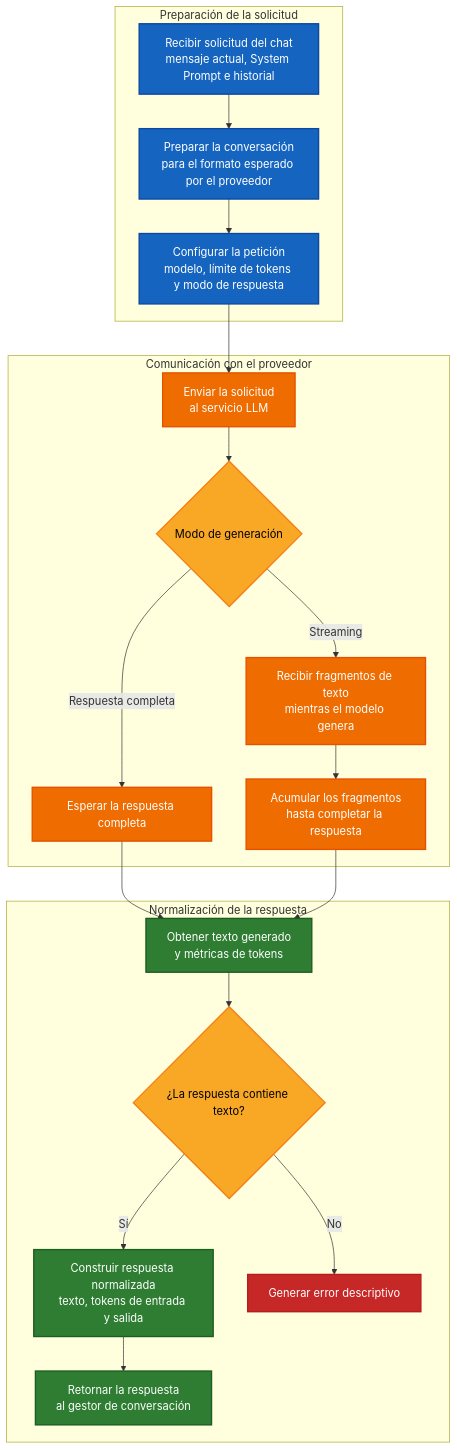
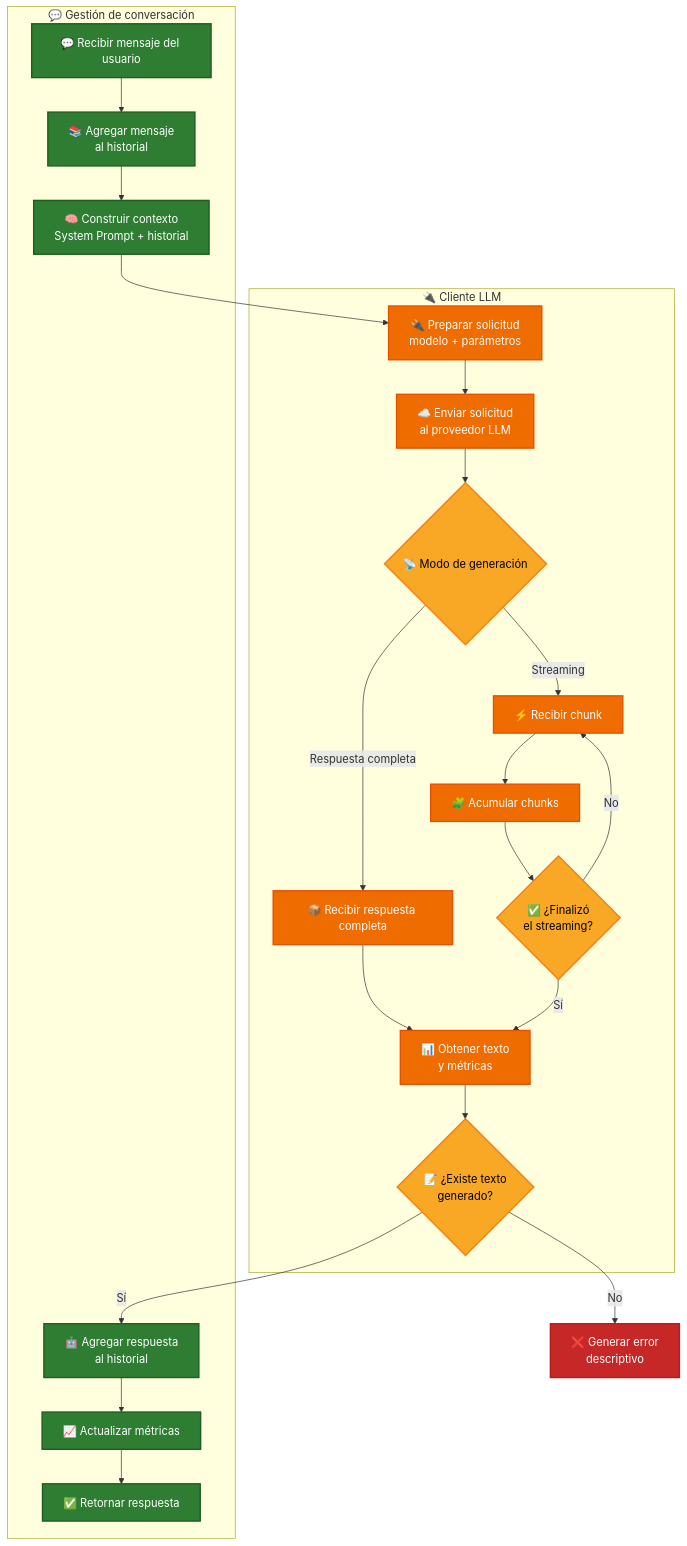
Before and after one commit to MLahuasi/ai-agent-labs: the second of 4 diagrams in info/fundamentos/chat.md, drawn with Mermaid. The commit also changed other lines of this file and 120 other files, not shown here.

````diff
--- a/info/fundamentos/chat.md
+++ b/info/fundamentos/chat.md
@@ -53,93 +194,91 @@
 ```mermaid
 flowchart TD
 
-    A["Recibir solicitud del chat<br/>mensaje actual, System Prompt e historial"]
+    A["💬 Recibir mensaje del usuario"]
 
-    B["Preparar la conversación<br/>para el formato esperado por el proveedor"]
+    B["📚 Agregar mensaje<br/>al historial"]
 
-    C["Configurar la petición<br/>modelo, límite de tokens y modo de respuesta"]
+    C["🧠 Construir contexto<br/>System Prompt + historial"]
 
-    D["Enviar la solicitud<br/>al servicio LLM"]
+    D["🔌 Preparar solicitud<br/>modelo + parámetros"]
 
-    E{"Modo de generación"}
+    E["☁️ Enviar solicitud<br/>al proveedor LLM"]
 
-    F["Esperar la respuesta completa"]
+    F{"📡 Modo de generación"}
 
-    G["Recibir fragmentos de texto<br/>mientras el modelo genera"]
+    G["📦 Recibir respuesta completa"]
 
-    H["Acumular los fragmentos<br/>hasta completar la respuesta"]
+    H["⚡ Recibir chunk"]
 
-    I["Obtener texto generado<br/>y métricas de tokens"]
+    I["🧩 Acumular chunks"]
 
-    J{"¿La respuesta contiene texto?"}
+    J{"✅ ¿Finalizó<br/>el streaming?"}
 
-    K["Construir respuesta normalizada<br/>texto, tokens de entrada y salida"]
+    K["📊 Obtener texto<br/>y métricas"]
 
-    L["Retornar la respuesta<br/>al gestor de conversación"]
+    L{"📝 ¿Existe texto<br/>generado?"}
 
-    M["Generar error descriptivo"]
+    M["🤖 Agregar respuesta<br/>al historial"]
+
+    N["📈 Actualizar métricas"]
+
+    O["✅ Retornar respuesta"]
+
+    ERR["❌ Generar error<br/>descriptivo"]
 
     A --> B
     B --> C
     C --> D
     D --> E
+    E --> F
 
-    E -->|Respuesta completa| F
-    E -->|Streaming| G
+    F -->|"Respuesta completa"| G
+    F -->|"Streaming"| H
 
-    F --> I
+    G --> K
 
-    G --> H
     H --> I
-
     I --> J
 
-    J -->|Sí| K
-    J -->|No| M
+    J -->|"No"| H
+    J -->|"Sí"| K
 
     K --> L
 
-    subgraph INPUT["Preparación de la solicitud"]
+    L -->|"Sí"| M
+    L -->|"No"| ERR
 
+    M --> N
+    N --> O
+
+    subgraph CHAT["💬 Gestión de conversación"]
         A
         B
         C
-
+        M
+        N
+        O
     end
 
-    subgraph PROVIDER["Comunicación con el proveedor"]
-
+    subgraph CLIENT["🔌 Cliente LLM"]
         D
         E
         F
         G
         H
-
-    end
-
-    subgraph RESPONSE["Normalización de la respuesta"]
-
         I
         J
         K
         L
-        M
-
     end
 
-    classDef input fill:#1565C0,color:#ffffff,stroke:#0D47A1,stroke-width:2px;
-    classDef provider fill:#EF6C00,color:#ffffff,stroke:#E65100,stroke-width:2px;
-    classDef response fill:#2E7D32,color:#ffffff,stroke:#1B5E20,stroke-width:2px;
+    classDef conversation fill:#2E7D32,color:#ffffff,stroke:#1B5E20,stroke-width:2px;
+    classDef client fill:#EF6C00,color:#ffffff,stroke:#E65100,stroke-width:2px;
     classDef decision fill:#F9A825,color:#000000,stroke:#F57F17,stroke-width:2px;
     classDef error fill:#C62828,color:#ffffff,stroke:#B71C1C,stroke-width:2px;
 
-    class A,B,C input;
-
-    class D,F,G,H provider;
-
-    class I,K,L response;
-
-    class E,J decision;
-
-    class M error;
+    class A,B,C,M,N,O conversation;
+    class D,E,G,H,I,K client;
+    class F,J,L decision;
+    class ERR error;
 ```
````
